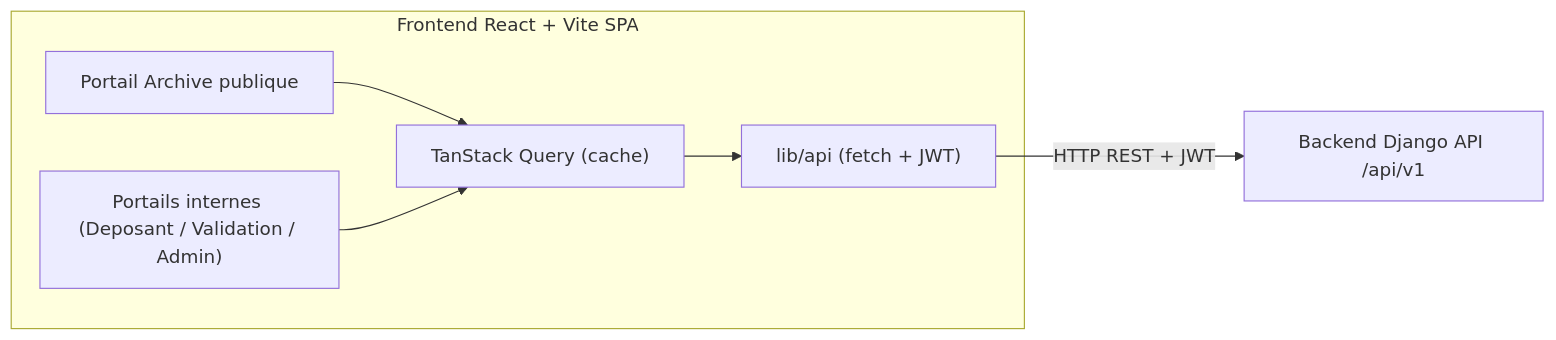
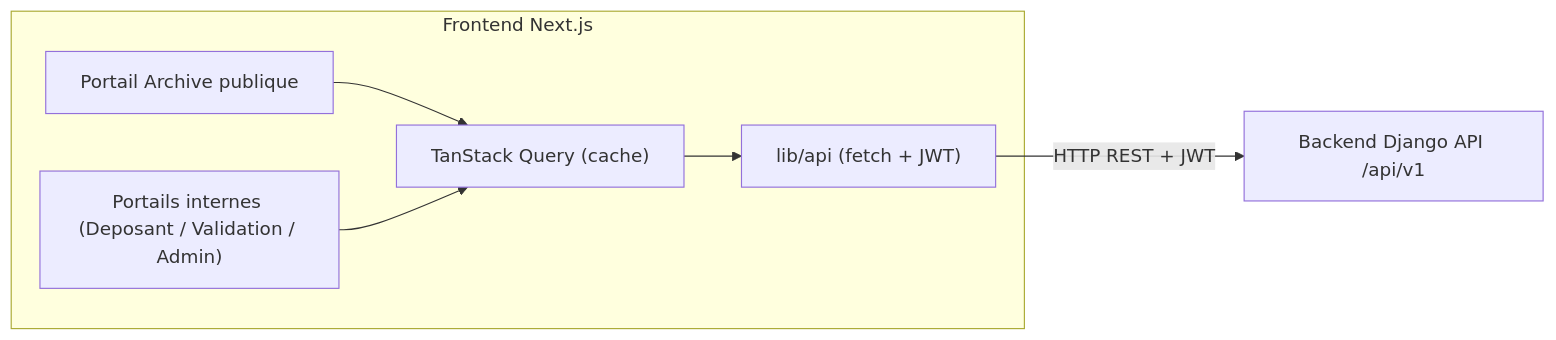
Before and after one commit to AfrozaEditor/OpenScienceHub: the diagram in frontend/docs/ARCHITECTURE.md, drawn with Mermaid. The commit also changed other lines of this file and 145 other files, not shown here.

````diff
--- a/frontend/docs/ARCHITECTURE.md
+++ b/frontend/docs/ARCHITECTURE.md
@@ -33,13 +33,13 @@
 ```mermaid
 flowchart LR
-    subgraph fe [Frontend React + Vite SPA]
+    subgraph fe [Frontend Next.js]
         PUBLICUI["Portail Archive publique"]
         APPUI["Portails internes (Deposant / Validation / Admin)"]
         APICLIENT["lib/api (fetch + JWT)"]
         QUERY["TanStack Query (cache)"]
     end
     BE["Backend Django API /api/v1"]
     PUBLICUI --> QUERY
     APPUI --> QUERY --> APICLIENT
     APICLIENT -->|HTTP REST + JWT| BE
 ```
````
